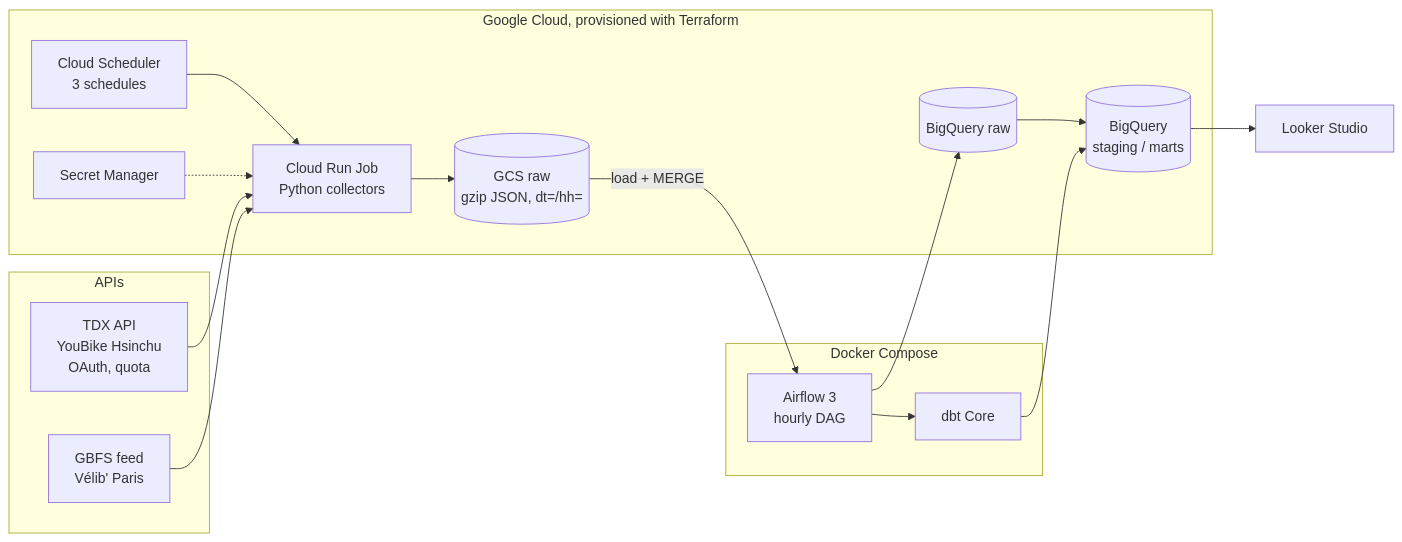
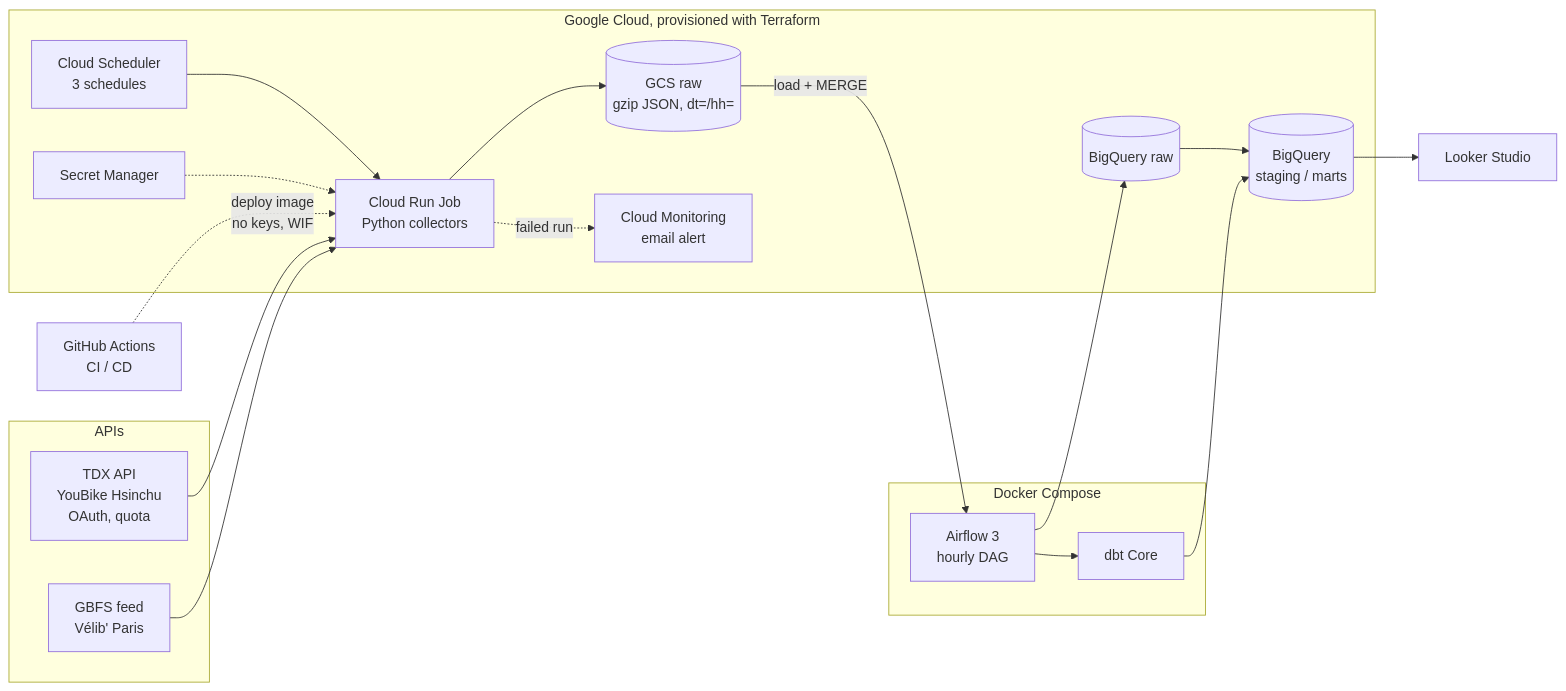
Before and after one commit to Anh-Tammm/bike-availability-pipeline: the diagram in README.md, drawn with Mermaid. The commit also changed other lines of this file, not shown here.

Commit message:
README: CD, monitoring, TDX outage

````diff
--- a/README.md
+++ b/README.md
@@ -40,22 +40,24 @@
 ```mermaid
 flowchart LR
     subgraph APIs
         TDX[TDX API<br/>YouBike Hsinchu<br/>OAuth, quota]
         GBFS[GBFS feed<br/>Vélib' Paris]
     end
     subgraph GCP[Google Cloud, provisioned with Terraform]
         SCH[Cloud Scheduler<br/>3 schedules] --> RUN[Cloud Run Job<br/>Python collectors]
         SM[Secret Manager] -.-> RUN
         RUN --> GCS[(GCS raw<br/>gzip JSON, dt=/hh=)]
         BQRAW[(BigQuery raw)] --> BQM[(BigQuery<br/>staging / marts)]
+        RUN -.->|failed run| MON[Cloud Monitoring<br/>email alert]
     end
+    GHA[GitHub Actions<br/>CI / CD] -.->|deploy image<br/>no keys, WIF| RUN
     subgraph Local[Docker Compose]
         AF[Airflow 3<br/>hourly DAG] --> DBT[dbt Core]
     end
     TDX --> RUN
     GBFS --> RUN
     GCS -->|load + MERGE| AF
     AF --> BQRAW
     DBT --> BQM
     BQM --> LS[Looker Studio]
 ```
````
